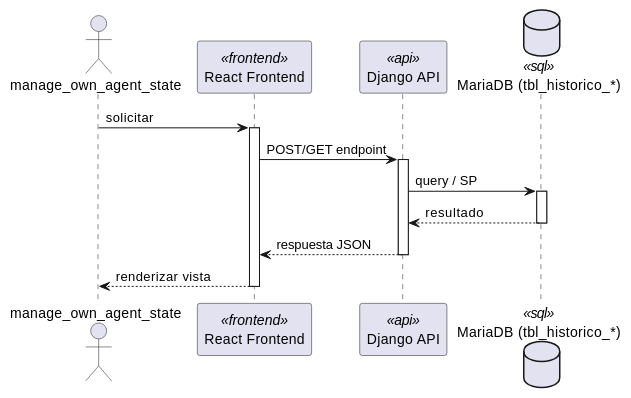
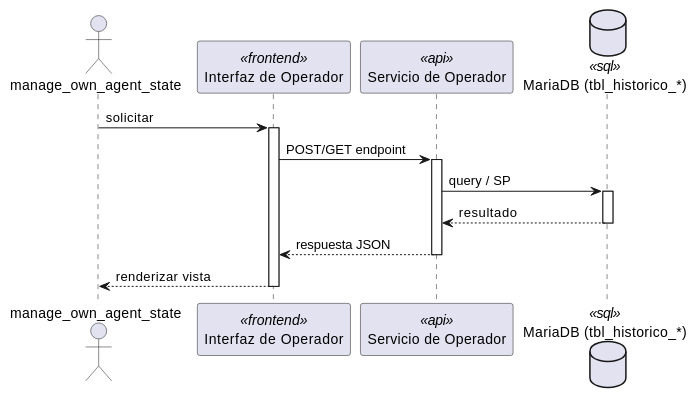
One commit to jcg-admin/IACT-docs changed the first of 2 diagrams in source/arquitectura-tecnica/DesignView/opr-01.rst. Above: the diagram before and after it, drawn with PlantUML. The commit also changed other lines of this file and 243 other files, not shown here.

First line of the commit message:
Add missing diagrams and fix participant names across Kruchten views

```diff
--- a/source/arquitectura-tecnica/DesignView/opr-01.rst
+++ b/source/arquitectura-tecnica/DesignView/opr-01.rst
@@ -22,28 +22,28 @@
 .. uml::
  :caption: UC_OPR_01 — Design View (secuencia)
 
  @startuml
 
  actor "manage_own_agent_state" as manage_own_agent_state
- participant "React Frontend" as Frontend <<frontend>>
- participant "Django API" as APIServer <<api>>
- database "MariaDB (tbl_historico_*)" as BaseDatos <<sql>>
+ participant "Interfaz de Operador" as Iface <<frontend>>
+ participant "Servicio de Operador" as SvcNode <<api>>
+ database "MariaDB (tbl_historico_*)" as Store <<sql>>
 
- manage_own_agent_state -> Frontend : solicitar
- activate Frontend
+ manage_own_agent_state -> Iface : solicitar
+ activate Iface
 
- Frontend -> APIServer : POST/GET endpoint
- activate APIServer
+ Iface -> SvcNode : POST/GET endpoint
+ activate SvcNode
 
- APIServer -> BaseDatos : query / SP
- activate BaseDatos
- BaseDatos --> APIServer : resultado
- deactivate BaseDatos
+ SvcNode -> Store : query / SP
+ activate Store
+ Store --> SvcNode : resultado
+ deactivate Store
 
- APIServer --> Frontend : respuesta JSON
- deactivate APIServer
+ SvcNode --> Iface : respuesta JSON
+ deactivate SvcNode
 
- Frontend --> manage_own_agent_state : renderizar vista
- deactivate Frontend
+ Iface --> manage_own_agent_state : renderizar vista
+ deactivate Iface
 
  @enduml
```
